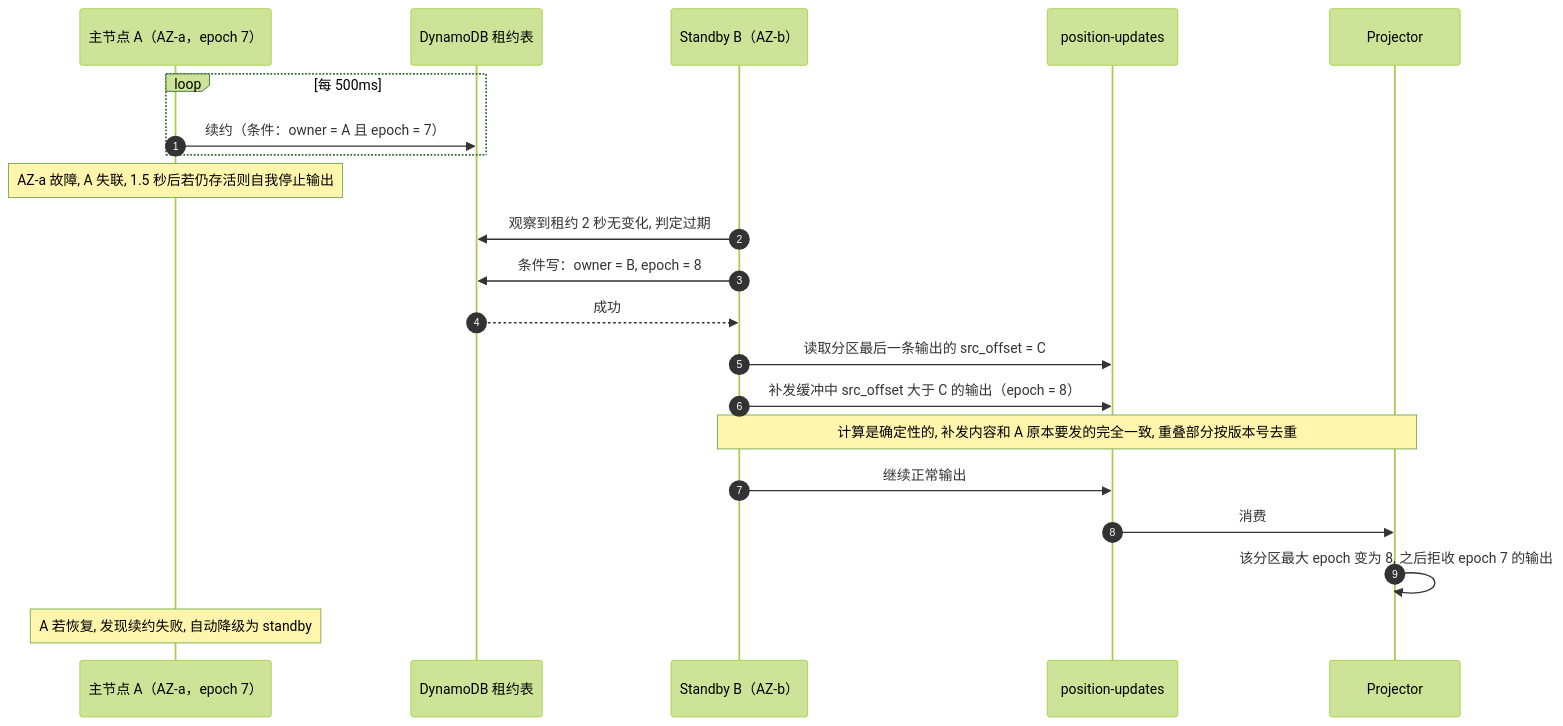
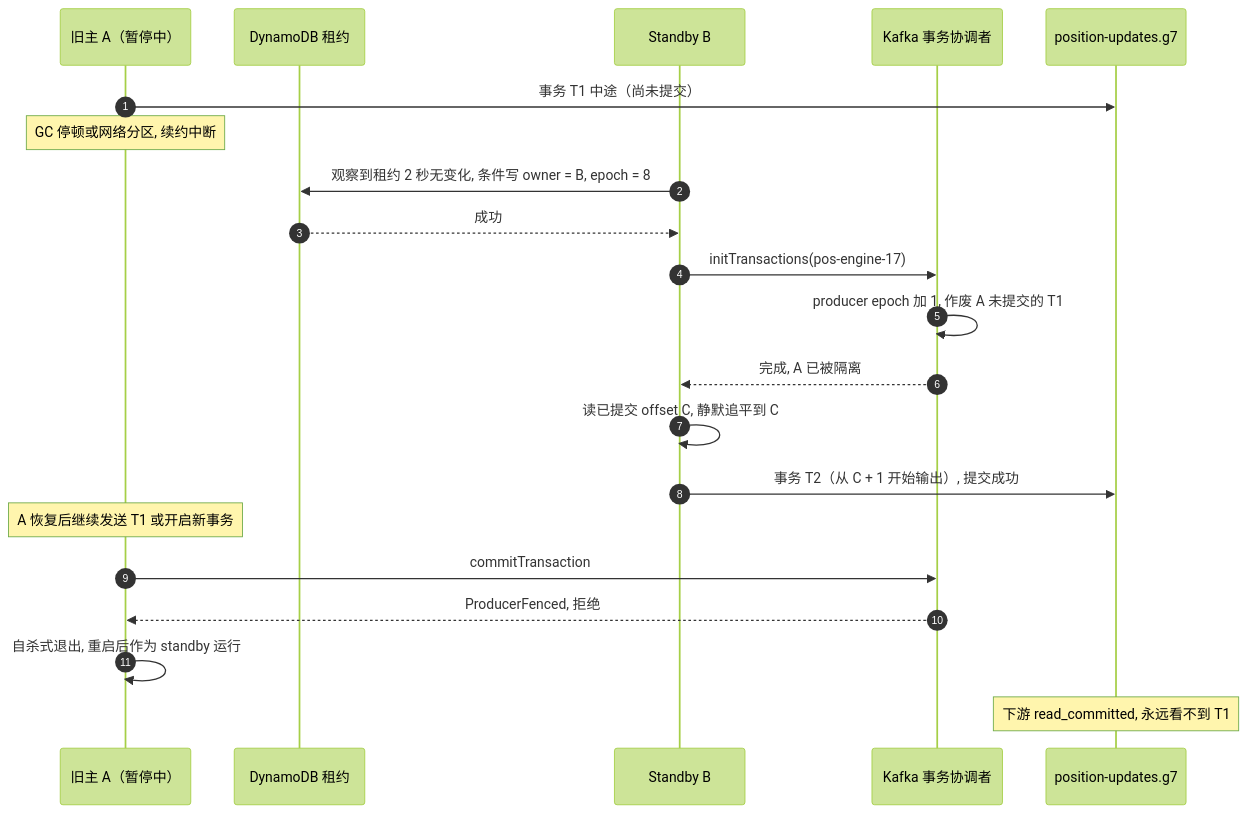
Before and after one commit to Obscurepawn/TradingSystemLearning: the eighth of 9 diagrams in system_design/distributed_account_service.md, drawn with Mermaid (forest theme). The commit also changed other lines of this file, not shown here.

````diff
--- a/system_design/distributed_account_service.md
+++ b/system_design/distributed_account_service.md
@@ -1058,24 +1381,24 @@
 ```mermaid
 sequenceDiagram
     autonumber
-    participant A as 主节点 A（AZ-a，epoch 7）
-    participant D as DynamoDB 租约表
-    participant B as Standby B（AZ-b）
-    participant U as position-updates
-    participant P as Projector
+    participant A as 旧主 A（暂停中）
+    participant D as DynamoDB 租约
+    participant B as Standby B
+    participant TC as Kafka 事务协调者
+    participant U as position-updates.g7
 
-    loop 每 500ms
-        A->>D: 续约（条件：owner = A 且 epoch = 7）
-    end
-    Note over A: AZ-a 故障, A 失联, 1.5 秒后若仍存活则自我停止输出
-    B->>D: 观察到租约 2 秒无变化, 判定过期
-    B->>D: 条件写：owner = B, epoch = 8
+    A->>U: 事务 T1 中途（尚未提交）
+    Note over A: GC 停顿或网络分区, 续约中断
+    B->>D: 观察到租约 2 秒无变化, 条件写 owner = B, epoch = 8
     D-->>B: 成功
-    B->>U: 读取分区最后一条输出的 src_offset = C
-    B->>U: 补发缓冲中 src_offset 大于 C 的输出（epoch = 8）
-    Note over B,P: 计算是确定性的, 补发内容和 A 原本要发的完全一致, 重叠部分按版本号去重
-    B->>U: 继续正常输出
-    U->>P: 消费
-    P->>P: 该分区最大 epoch 变为 8, 之后拒收 epoch 7 的输出
-    Note over A: A 若恢复, 发现续约失败, 自动降级为 standby
+    B->>TC: initTransactions(pos-engine-17)
+    TC->>TC: producer epoch 加 1, 作废 A 未提交的 T1
+    TC-->>B: 完成, A 已被隔离
+    B->>B: 读已提交 offset C, 静默追平到 C
+    B->>U: 事务 T2（从 C + 1 开始输出）, 提交成功
+    Note over A: A 恢复后继续发送 T1 或开启新事务
+    A->>TC: commitTransaction
+    TC-->>A: ProducerFenced, 拒绝
+    A->>A: 自杀式退出, 重启后作为 standby 运行
+    Note over U: 下游 read_committed, 永远看不到 T1
 ```
````
